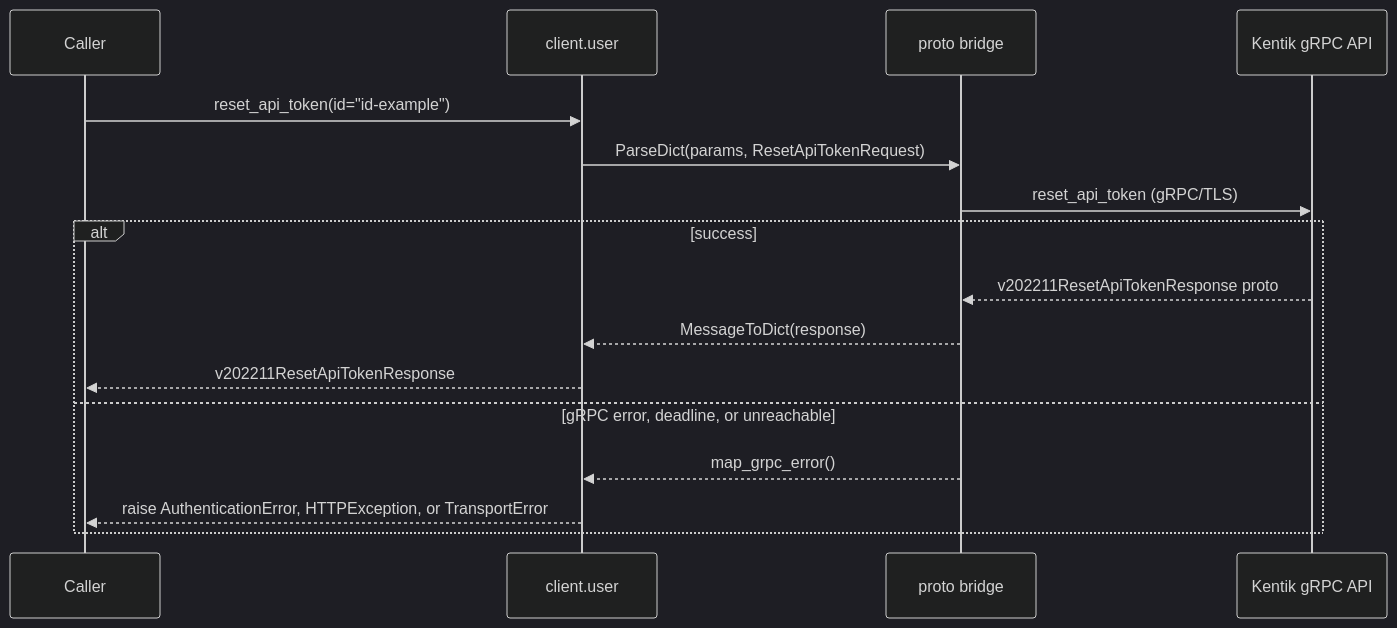
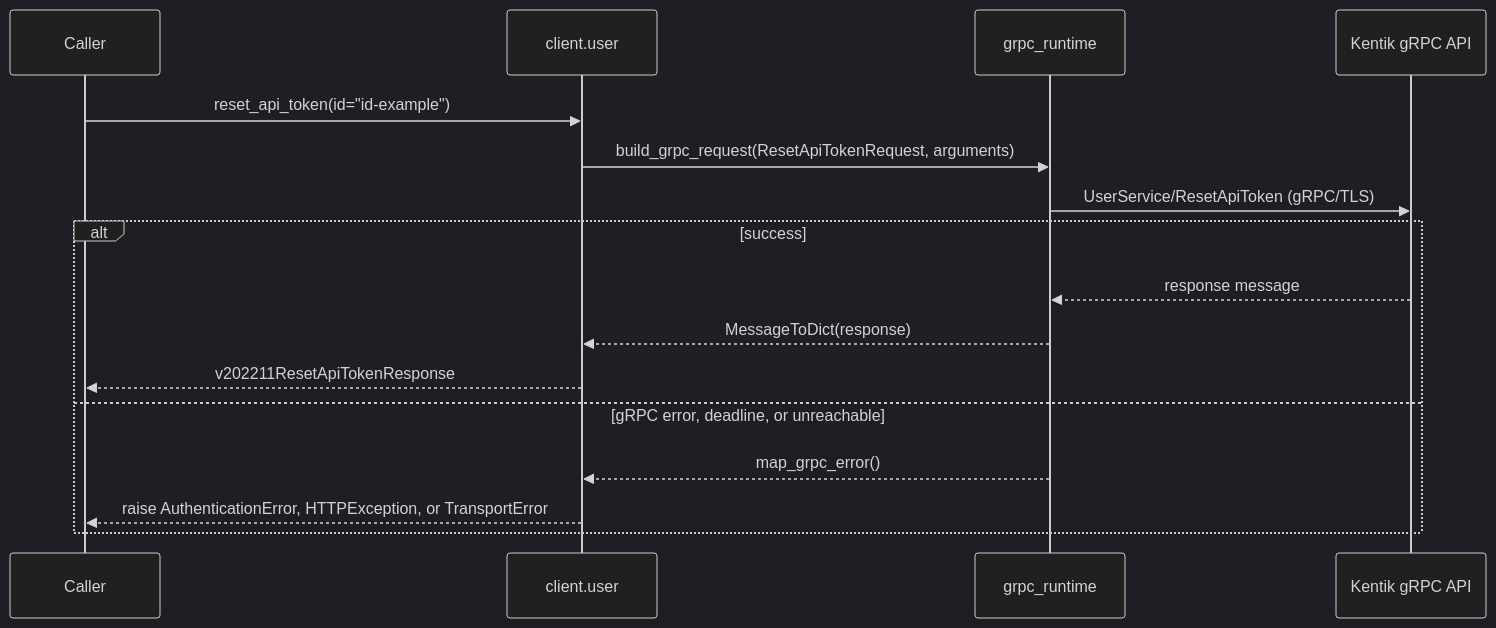
Diagram 15 of 16 in docs/sphinx/services/user.md (alexdearaujo/community_sdk_python), drawn with Mermaid (dark theme) before and after one commit. The commit also changed other lines of this file and 37 other files, not shown here.

First line of the commit message:
docs: show the real RPC in each service page's gRPC diagram

````diff
--- a/docs/sphinx/services/user.md
+++ b/docs/sphinx/services/user.md
@@ -509,19 +509,19 @@
 ```mermaid
 sequenceDiagram
     participant C as Caller
     participant W as client.user
-    participant B as proto bridge
+    participant R as grpc_runtime
     participant API as Kentik gRPC API
 
     C->>W: reset_api_token(id="id-example")
-    W->>B: ParseDict(params, ResetApiTokenRequest)
-    B->>API: reset_api_token (gRPC/TLS)
+    W->>R: build_grpc_request(ResetApiTokenRequest, arguments)
+    R->>API: UserService/ResetApiToken (gRPC/TLS)
     alt success
-        API-->>B: v202211ResetApiTokenResponse proto
-        B-->>W: MessageToDict(response)
+        API-->>R: response message
+        R-->>W: MessageToDict(response)
         W-->>C: v202211ResetApiTokenResponse
     else gRPC error, deadline, or unreachable
-        B-->>W: map_grpc_error()
+        R-->>W: map_grpc_error()
         W-->>C: raise AuthenticationError, HTTPException, or TransportError
     end
 ```
````
